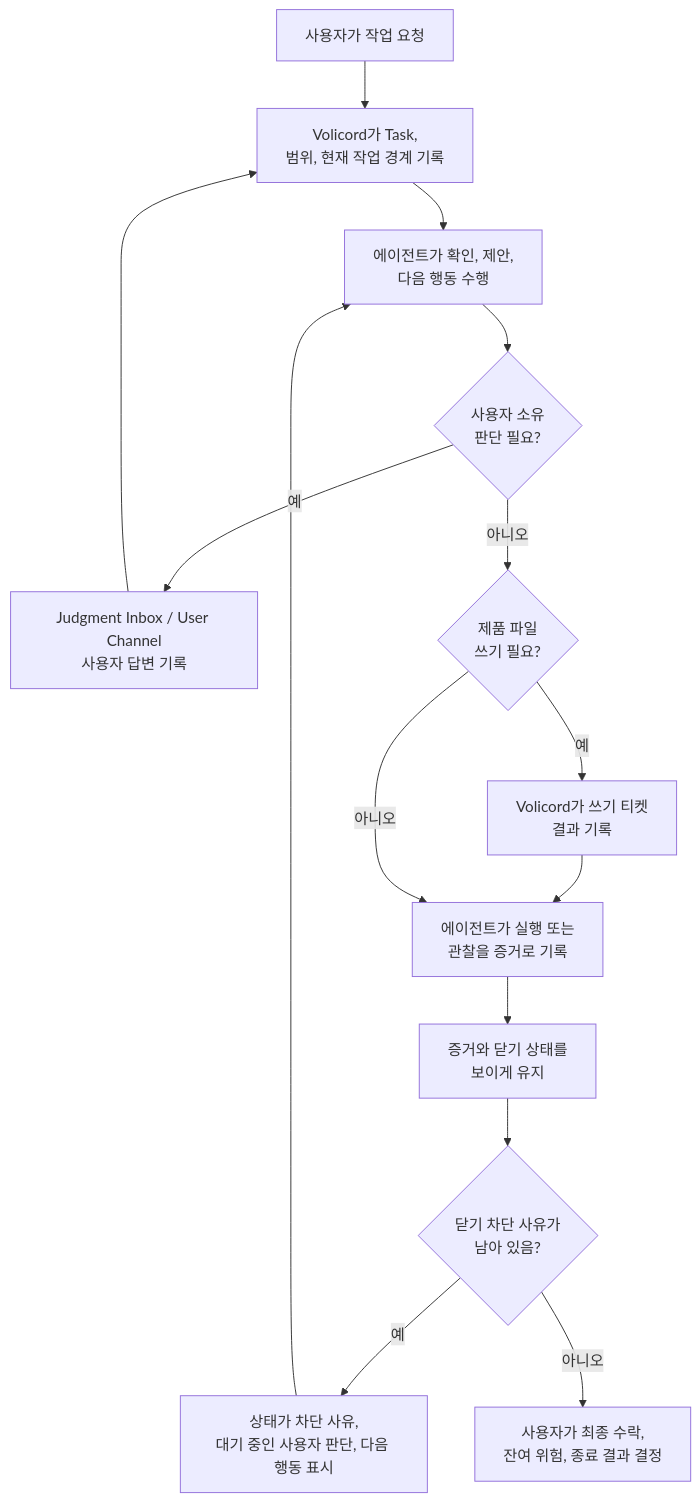
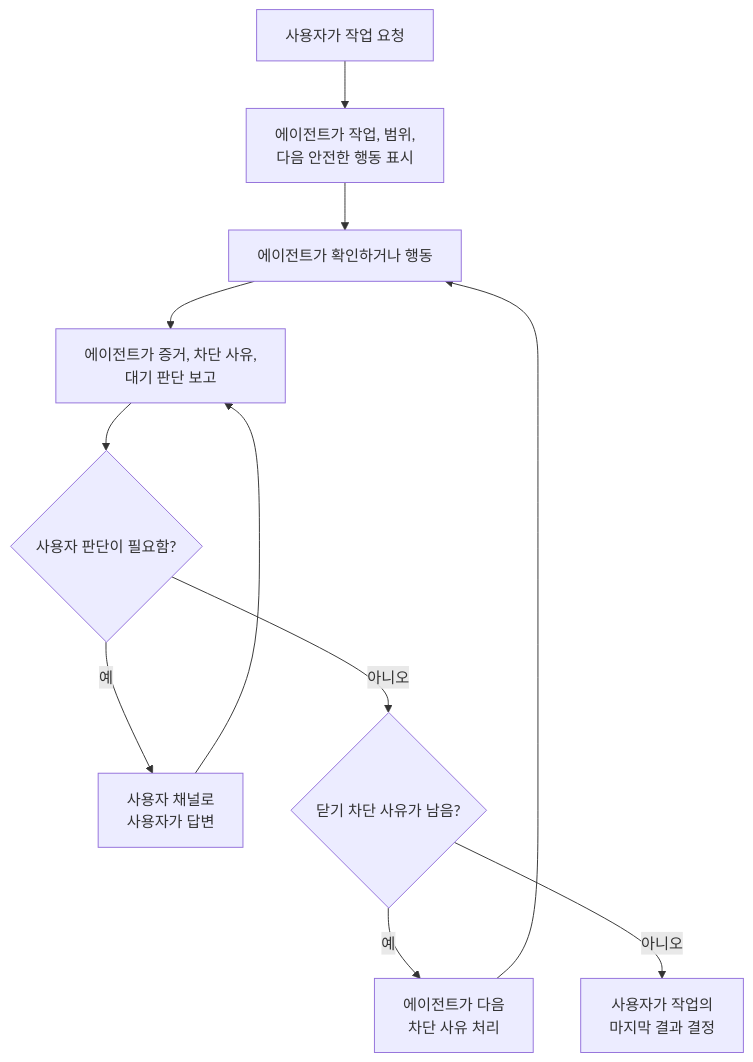
One commit to minjungw00/Volicord changed the second of 2 diagrams in README.ko.md. Above: the diagram before and after it, drawn with Mermaid. The commit also changed other lines of this file and 5 other files, not shown here.

````diff
--- a/README.ko.md
+++ b/README.ko.md
@@ -302,24 +145,18 @@
 ```mermaid
 flowchart TD
   request["사용자가 작업 요청"]
-  task["Volicord가 Task,<br/>범위, 현재 작업 경계 기록"]
-  agent["에이전트가 확인, 제안,<br/>다음 행동 수행"]
-  judgment{"사용자 소유<br/>판단 필요?"}
-  inbox["Judgment Inbox / User Channel<br/>사용자 답변 기록"]
-  write{"제품 파일<br/>쓰기 필요?"}
-  ticket["Volicord가 쓰기 티켓<br/>결과 기록"]
-  run["에이전트가 실행 또는<br/>관찰을 증거로 기록"]
-  evidence["증거와 닫기 상태를<br/>보이게 유지"]
-  close{"닫기 차단 사유가<br/>남아 있음?"}
-  status["상태가 차단 사유,<br/>대기 중인 사용자 판단, 다음 행동 표시"]
-  finish["사용자가 최종 수락,<br/>잔여 위험, 종료 결과 결정"]
+  boundary["에이전트가 작업, 범위,<br/>다음 안전한 행동 표시"]
+  action["에이전트가 확인하거나 행동"]
+  status["에이전트가 증거, 차단 사유,<br/>대기 판단 보고"]
+  judgment{"사용자 판단이 필요함?"}
+  answer["사용자 채널로<br/>사용자가 답변"]
+  close{"닫기 차단 사유가 남음?"}
+  continue["에이전트가 다음<br/>차단 사유 처리"]
+  finish["사용자가 작업의<br/>마지막 결과 결정"]
 
-  request --> task --> agent --> judgment
-  judgment -- 예 --> inbox --> task
-  judgment -- 아니오 --> write
-  write -- 예 --> ticket --> run
-  write -- 아니오 --> run
-  run --> evidence --> close
-  close -- 예 --> status --> agent
+  request --> boundary --> action --> status --> judgment
+  judgment -- 예 --> answer --> status
+  judgment -- 아니오 --> close
+  close -- 예 --> continue --> action
   close -- 아니오 --> finish
 ```
````
